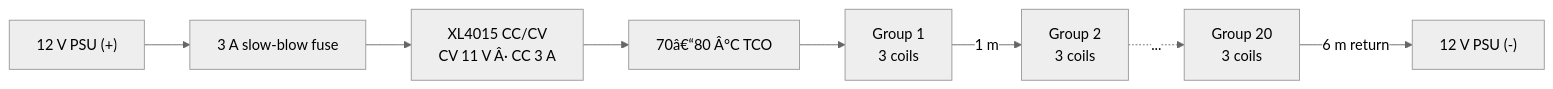
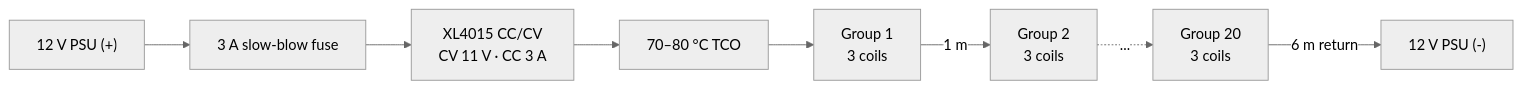
The first of 2 diagrams in README.md (SurasakNie/naodec), drawn with Mermaid (neutral theme) before and after one commit. The commit also changed other lines of this file, not shown here.

````diff
--- a/README.md
+++ b/README.md
@@ -104,10 +104,10 @@
 ```mermaid
 flowchart LR
   PSU["12 V PSU (+)"] --> F["3 A slow-blow fuse"]
-  F --> B["XL4015 CC/CV<br/>CV 11 V Â· CC 3 A"]
-  B --> T["70â€“80 Â°C TCO"]
+  F --> B["XL4015 CC/CV<br/>CV 11 V · CC 3 A"]
+  B --> T["70–80 °C TCO"]
   T --> G1["Group 1<br/>3 coils"]
   G1 -->|"1 m"| G2["Group 2<br/>3 coils"]
   G2 -.->|"..."| G20["Group 20<br/>3 coils"]
   G20 -->|"6 m return"| PSUN["12 V PSU (-)"]
 ```
````
